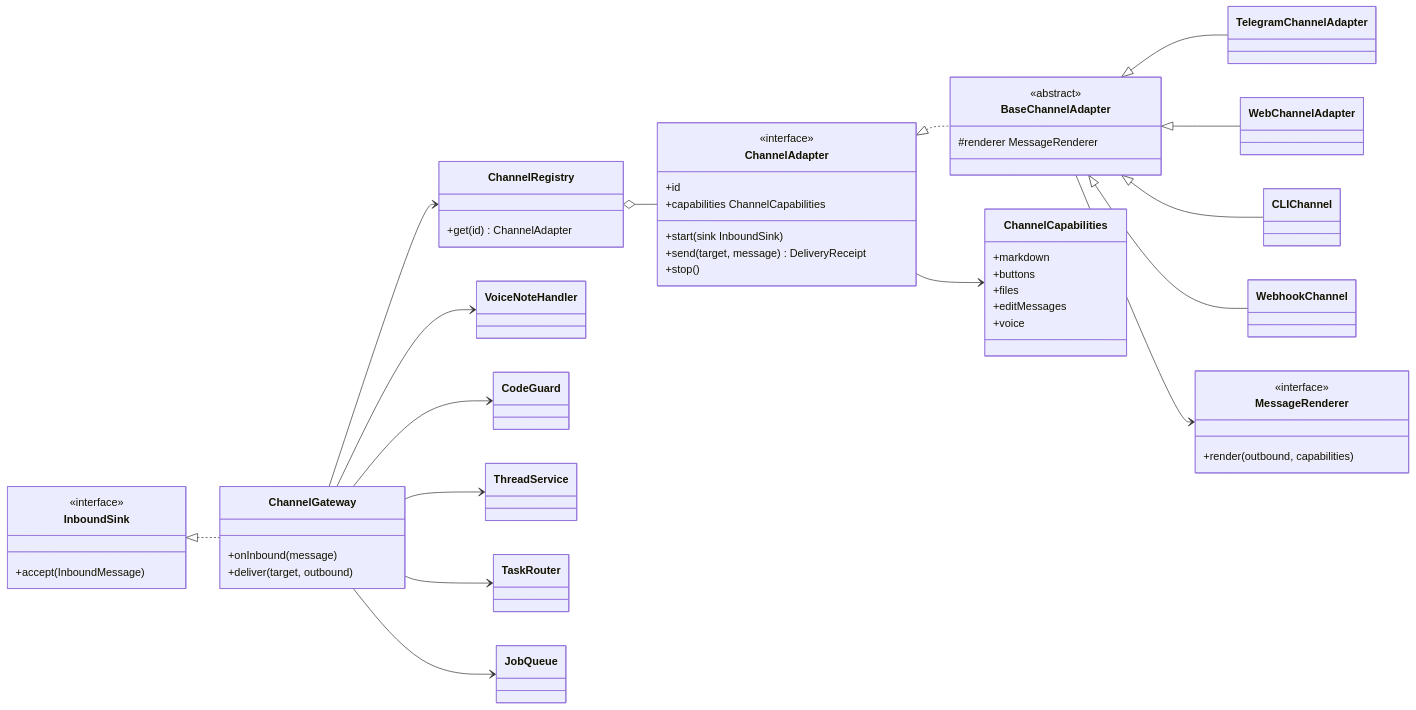
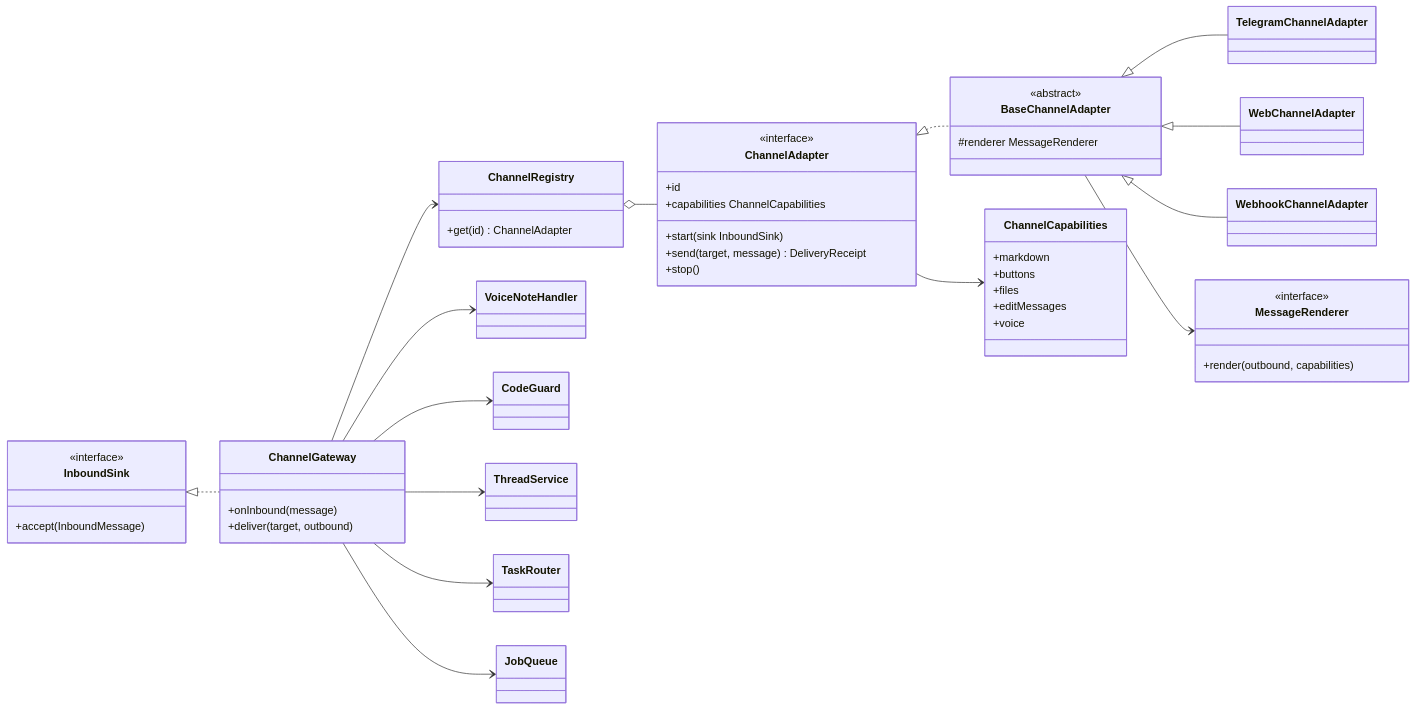
Before and after one commit to ggiraudon/shitsuji: the seventh of 14 diagrams in docs/06-class-map.md, drawn with Mermaid. The commit also changed 3 other files, not shown here.

````diff
--- a/docs/06-class-map.md
+++ b/docs/06-class-map.md
@@ -510,60 +510,58 @@
 ```mermaid
 classDiagram
   direction LR
   class ChannelAdapter {
     <<interface>>
     +id
     +capabilities ChannelCapabilities
     +start(sink InboundSink)
     +send(target, message) DeliveryReceipt
     +stop()
   }
   class BaseChannelAdapter {
     <<abstract>>
     #renderer MessageRenderer
   }
   class TelegramChannelAdapter
   class WebChannelAdapter
-  class CLIChannel
-  class WebhookChannel
+  class WebhookChannelAdapter
   class MessageRenderer {
     <<interface>>
     +render(outbound, capabilities)
   }
   class ChannelCapabilities {
     +markdown
     +buttons
     +files
     +editMessages
     +voice
   }
   class ChannelRegistry {
     +get(id) ChannelAdapter
   }
   class ChannelGateway {
     +onInbound(message)
     +deliver(target, outbound)
   }
   class InboundSink {
     <<interface>>
     +accept(InboundMessage)
   }
   class VoiceNoteHandler
   class CodeGuard
 
   ChannelAdapter <|.. BaseChannelAdapter
   BaseChannelAdapter <|-- TelegramChannelAdapter
   BaseChannelAdapter <|-- WebChannelAdapter
-  BaseChannelAdapter <|-- CLIChannel
-  BaseChannelAdapter <|-- WebhookChannel
+  BaseChannelAdapter <|-- WebhookChannelAdapter
   BaseChannelAdapter --> MessageRenderer
   ChannelAdapter --> ChannelCapabilities
   ChannelRegistry o-- ChannelAdapter
   ChannelGateway --> ChannelRegistry
   InboundSink <|.. ChannelGateway
   ChannelGateway --> ThreadService
   ChannelGateway --> TaskRouter
   ChannelGateway --> JobQueue
   ChannelGateway --> VoiceNoteHandler
   ChannelGateway --> CodeGuard
 ```
````
